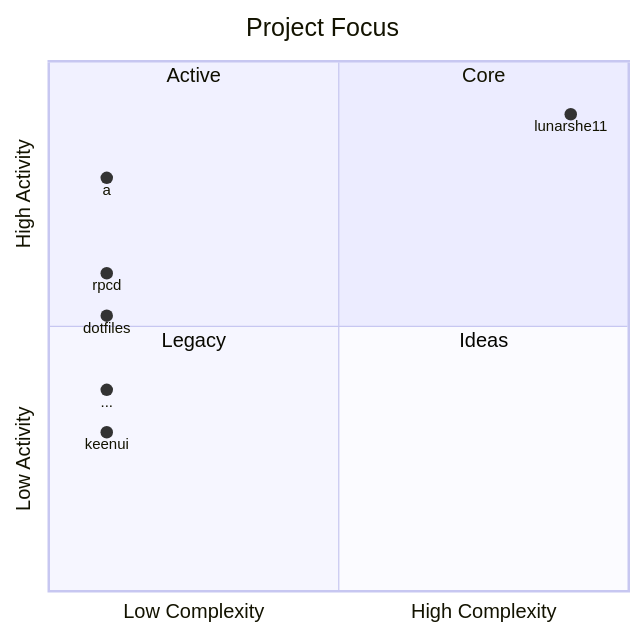
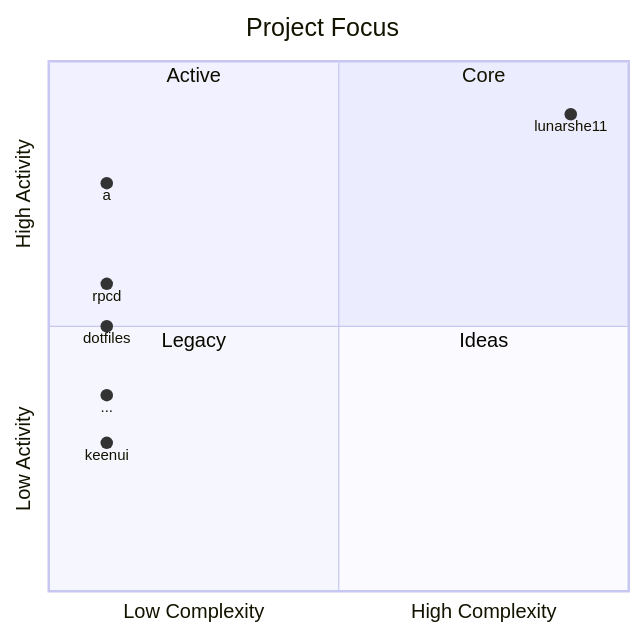
Before and after one commit to lunarshe11/lunarshe11: the first of 3 diagrams in README.md, drawn with Mermaid. The commit also changed other lines of this file, not shown here.

````diff
--- a/README.md
+++ b/README.md
@@ -13,16 +13,16 @@
 ```mermaid
 quadrantChart
     title Project Focus
     x-axis Low Complexity --> High Complexity
     y-axis Low Activity --> High Activity
     quadrant-1 Core
     quadrant-2 Active
     quadrant-3 Legacy
     quadrant-4 Ideas
     lunarshe11: [0.9, 0.9]
-    a: [0.1, 0.78]
-    rpcd: [0.1, 0.6]
-    dotfiles: [0.1, 0.52]
-    ...: [0.1, 0.38]
-    keenui: [0.1, 0.3]
+    a: [0.1, 0.77]
+    rpcd: [0.1, 0.58]
+    dotfiles: [0.1, 0.5]
+    ...: [0.1, 0.37]
+    keenui: [0.1, 0.28]
 ```
````
